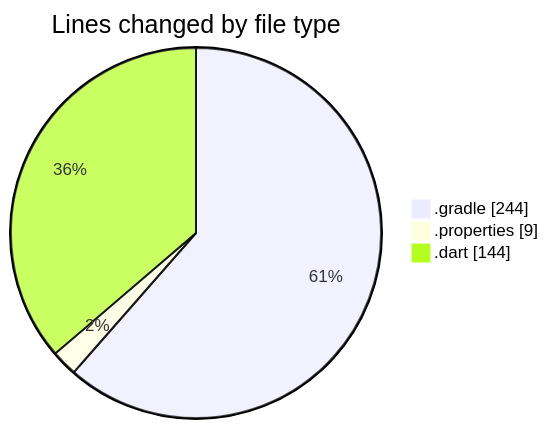
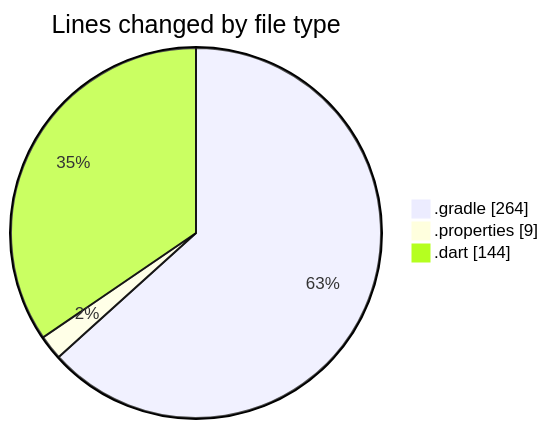
Before and after one commit to donsfak/code-tracking: the first of 2 diagrams in 2025-02-16/trackers_app/README.md, drawn with Mermaid. The commit also changed other lines of this file and 1 other file, not shown here.

````diff
--- a/2025-02-16/trackers_app/README.md
+++ b/2025-02-16/trackers_app/README.md
@@ -23,7 +23,7 @@
 ```mermaid
 pie showData
 title Lines changed by file type
-".gradle" : 244
+".gradle" : 264
 ".properties" : 9
 ".dart" : 144
 ```
````
